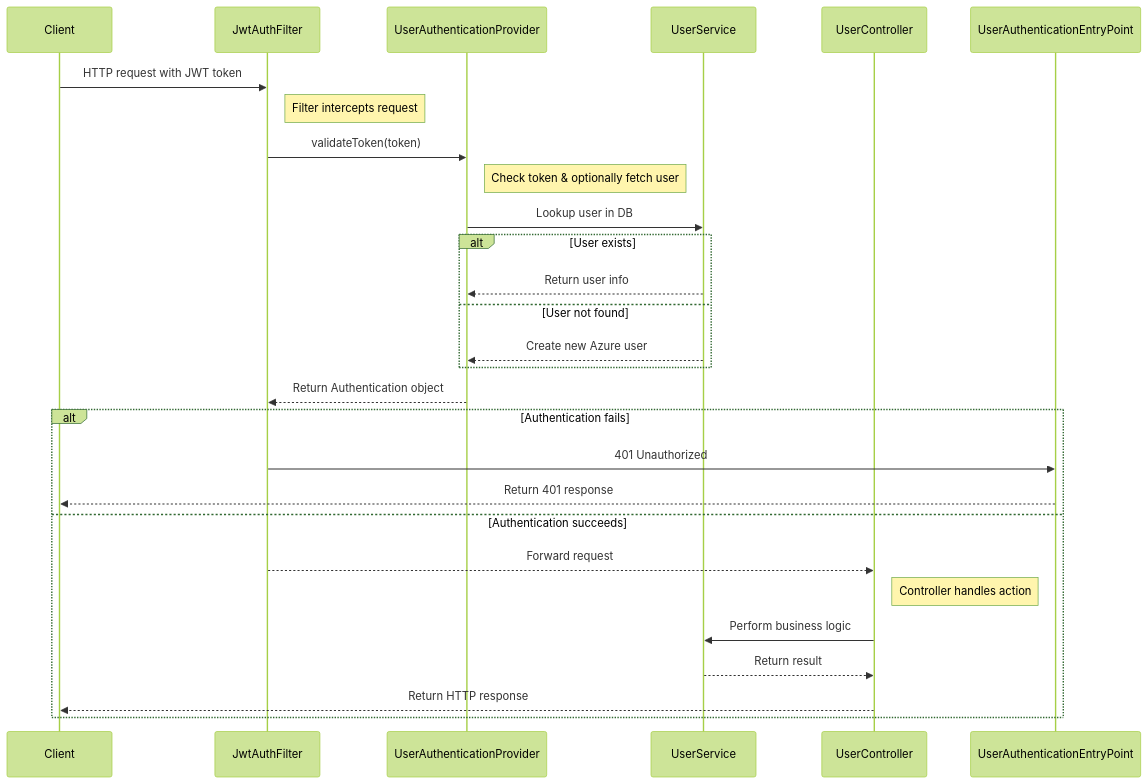
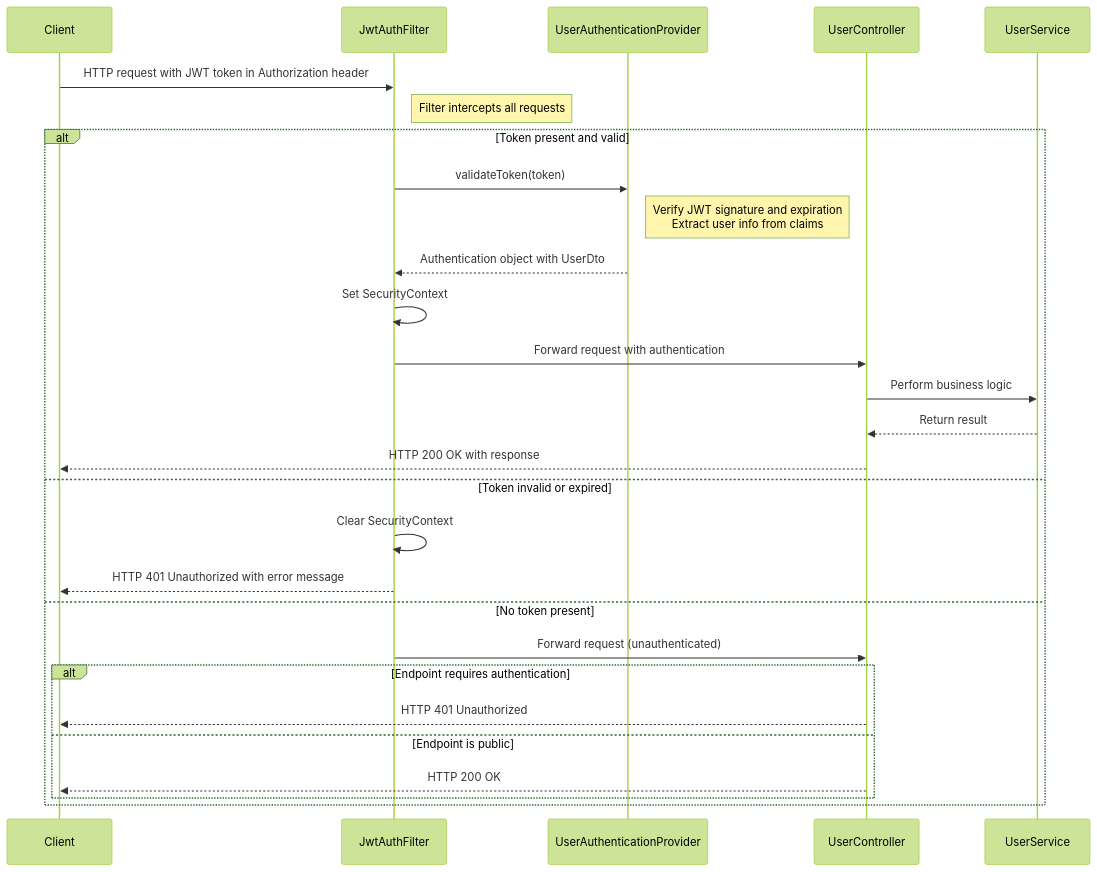
The fifth of 5 diagrams in doc/process-documentation.md (OrifInformatique/template_frontback), drawn with Mermaid (forest theme) before and after one commit. The commit also changed other lines of this file, not shown here.

````diff
--- a/doc/process-documentation.md
+++ b/doc/process-documentation.md
@@ -286,31 +305,32 @@
 ```mermaid
 sequenceDiagram
     participant Client
     participant JwtAuthFilter
     participant UserAuthenticationProvider
+    participant UserController
     participant UserService
-    participant UserController
-    participant UserAuthenticationEntryPoint
 
-    Client->>JwtAuthFilter: HTTP request with JWT token
-    note right of JwtAuthFilter: Filter intercepts request
-    JwtAuthFilter->>UserAuthenticationProvider: validateToken(token)
-    note right of UserAuthenticationProvider: Check token & optionally fetch user
-    UserAuthenticationProvider->>UserService: Lookup user in DB
-    alt User exists
-        UserService-->>UserAuthenticationProvider: Return user info
-    else User not found
-        UserService-->>UserAuthenticationProvider: Create new Azure user
-    end
-    UserAuthenticationProvider-->>JwtAuthFilter: Return Authentication object
-    alt Authentication fails
-        JwtAuthFilter->>UserAuthenticationEntryPoint: 401 Unauthorized
-        UserAuthenticationEntryPoint-->>Client: Return 401 response
-    else Authentication succeeds
-        JwtAuthFilter-->>UserController: Forward request
-        note right of UserController: Controller handles action
+    Client->>JwtAuthFilter: HTTP request with JWT token in Authorization header
+    note right of JwtAuthFilter: Filter intercepts all requests
+    
+    alt Token present and valid
+        JwtAuthFilter->>UserAuthenticationProvider: validateToken(token)
+        note right of UserAuthenticationProvider: Verify JWT signature and expiration<br/>Extract user info from claims
+        UserAuthenticationProvider-->>JwtAuthFilter: Authentication object with UserDto
+        JwtAuthFilter->>JwtAuthFilter: Set SecurityContext
+        JwtAuthFilter->>UserController: Forward request with authentication
         UserController->>UserService: Perform business logic
         UserService-->>UserController: Return result
-        UserController-->>Client: Return HTTP response
+        UserController-->>Client: HTTP 200 OK with response
+    else Token invalid or expired
+        JwtAuthFilter->>JwtAuthFilter: Clear SecurityContext
+        JwtAuthFilter-->>Client: HTTP 401 Unauthorized with error message
+    else No token present
+        JwtAuthFilter->>UserController: Forward request (unauthenticated)
+        alt Endpoint requires authentication
+            UserController-->>Client: HTTP 401 Unauthorized
+        else Endpoint is public
+            UserController-->>Client: HTTP 200 OK
+        end
     end
 ```
````
